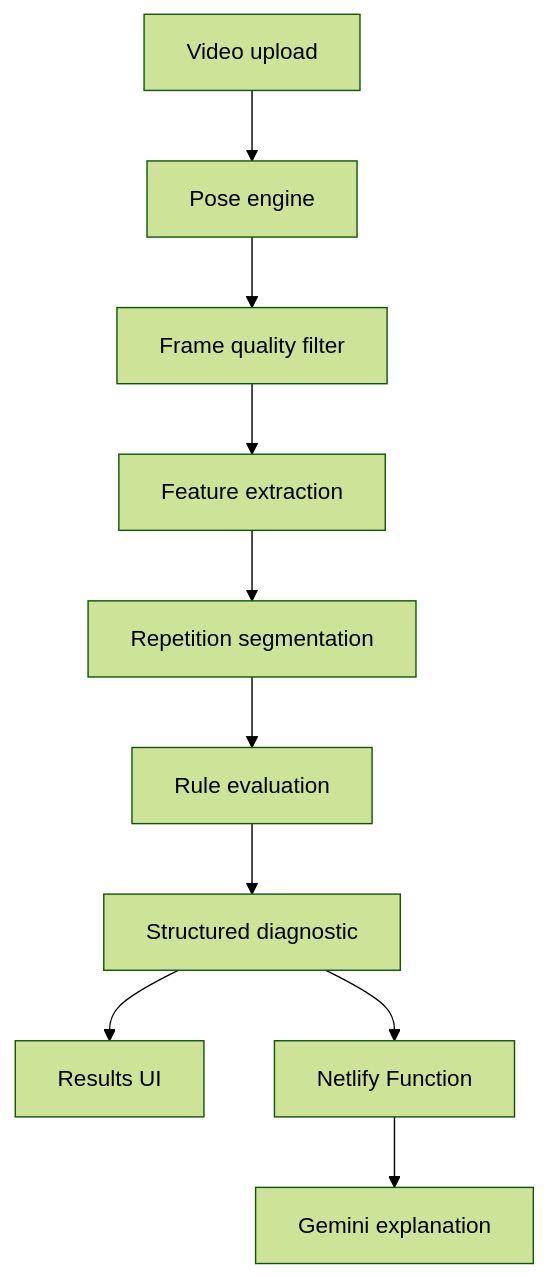
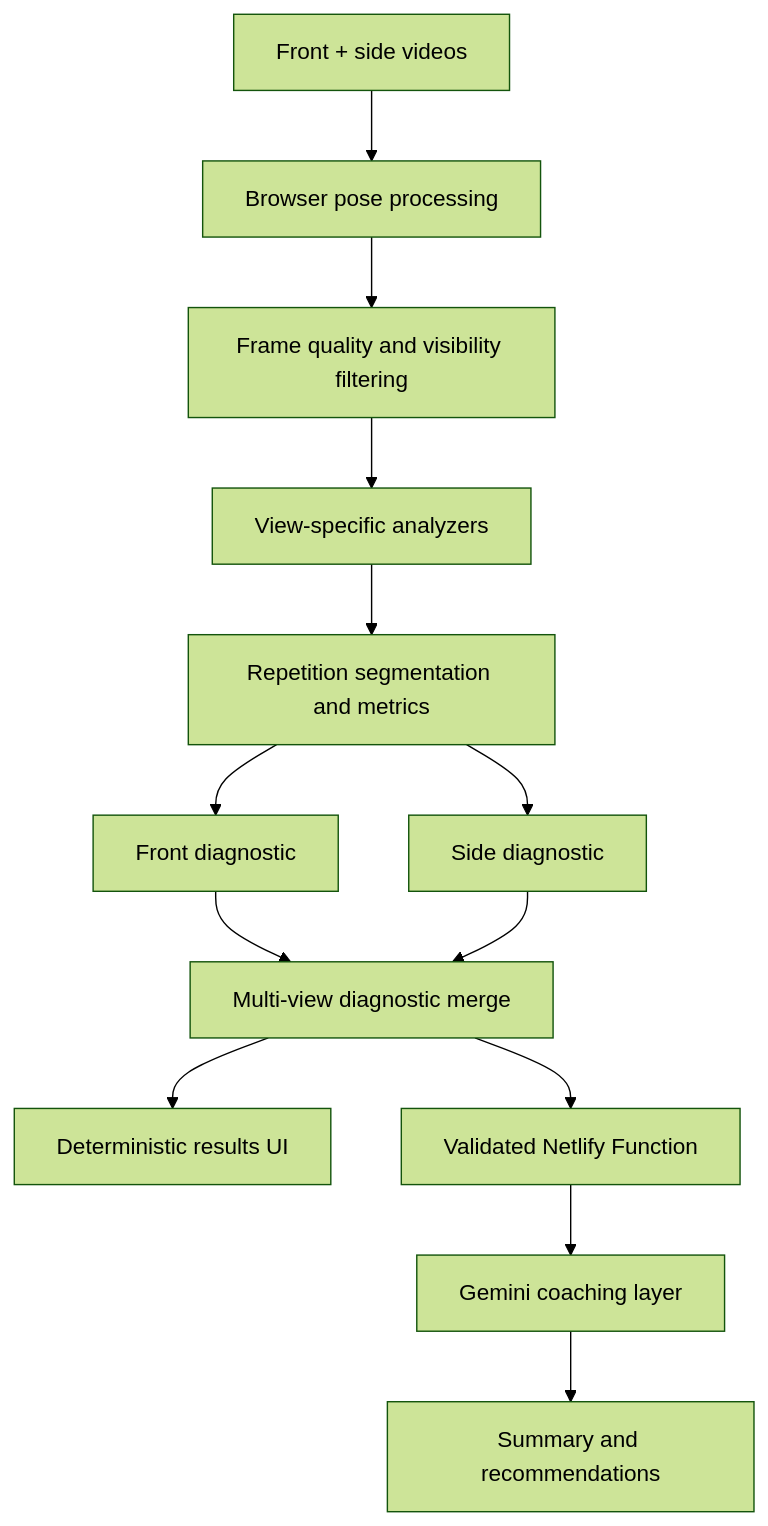
Before and after one commit to liormal2000-alt/FormSense_Plus: the first of 2 diagrams in README.md, drawn with Mermaid (forest theme). The commit also changed other lines of this file and 29 other files, not shown here.

Commit message:
refactor: add multi-view analysis and improve biomechanics

````diff
--- a/README.md
+++ b/README.md
@@ -37,12 +39,15 @@
 ```mermaid
 flowchart TD
-    A["Video upload"] --> B["Pose engine"]
-    B --> C["Frame quality filter"]
-    C --> D["Feature extraction"]
-    D --> E["Repetition segmentation"]
-    E --> F["Rule evaluation"]
-    F --> G["Structured diagnostic"]
-    G --> H["Results UI"]
-    G --> I["Netlify Function"]
-    I --> J["Gemini explanation"]
+    U["Front + side videos"] --> P["Browser pose processing"]
+    P --> Q["Frame quality and visibility filtering"]
+    Q --> A["View-specific analyzers"]
+    A --> R["Repetition segmentation and metrics"]
+    R --> D1["Front diagnostic"]
+    R --> D2["Side diagnostic"]
+    D1 --> M["Multi-view diagnostic merge"]
+    D2 --> M
+    M --> F["Deterministic results UI"]
+    M --> N["Validated Netlify Function"]
+    N --> G["Gemini coaching layer"]
+    G --> C["Summary and recommendations"]
 ```
````
